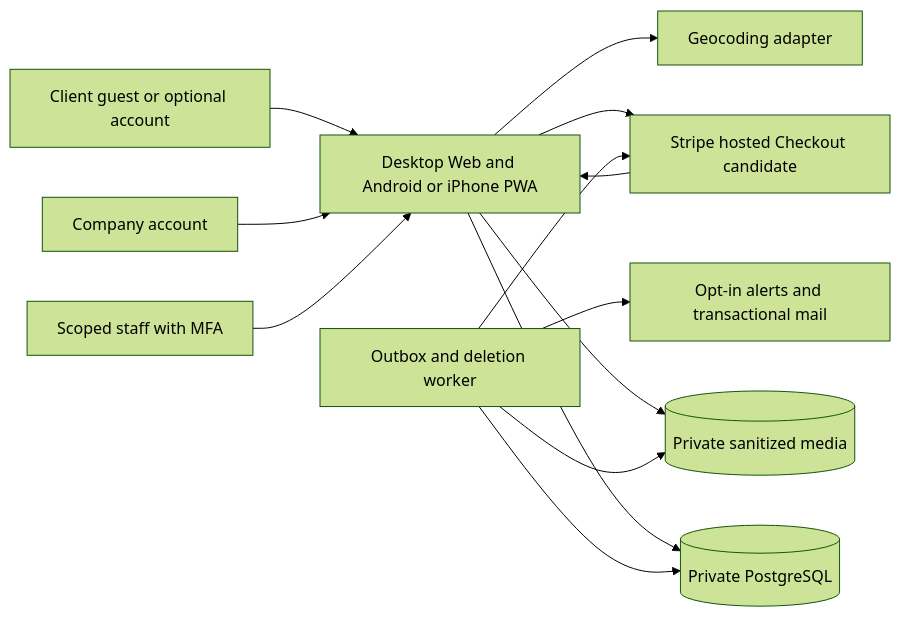
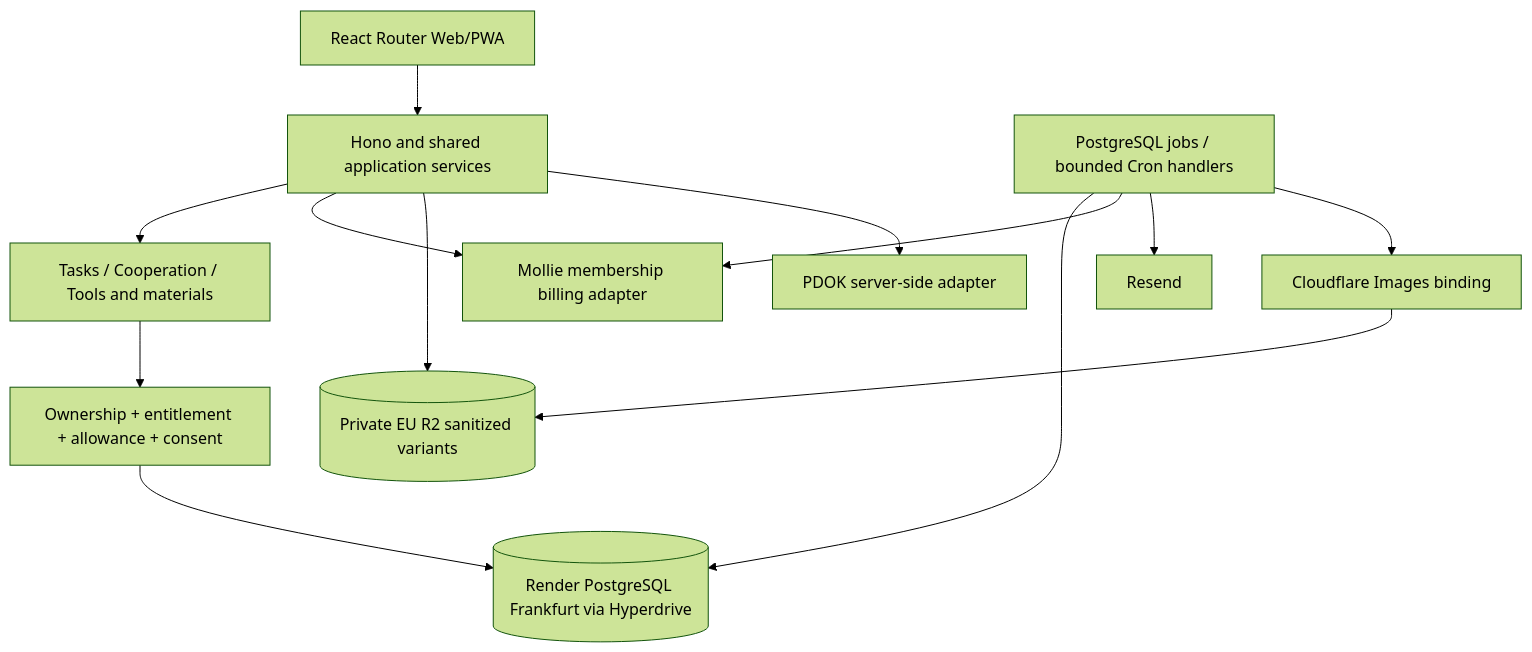
One commit to jianfjin/work-platform changed the diagram in doc/04-architecture.md. Above: the diagram before and after it, drawn with Mermaid (forest theme). The commit also changed other lines of this file and 76 other files, not shown here.

````diff
--- a/doc/04-architecture.md
+++ b/doc/04-architecture.md
@@ -7,15 +7,15 @@
 ```mermaid
-flowchart LR
-    Guest[Client guest or optional account] --> Web[Desktop Web and Android or iPhone PWA]
-    Firm[Company account] --> Web
-    Staff[Scoped staff with MFA] --> Web
-    Web --> DB[(Private PostgreSQL)]
-    Web --> Media[(Private sanitized media)]
-    Web --> PSP[Stripe hosted Checkout candidate]
-    PSP --> Web
-    Worker[Outbox and deletion worker] --> DB
-    Worker --> Media
-    Worker --> PSP
-    Worker --> Mail[Opt-in alerts and transactional mail]
-    Web --> Geo[Geocoding adapter]
+flowchart TD
+    UI[React Router Web/PWA] --> API[Hono and shared application services]
+    API --> Boards[Tasks / Cooperation / Tools and materials]
+    Boards --> Access[Ownership + entitlement + allowance + consent]
+    Access --> DB[(Render PostgreSQL Frankfurt via Hyperdrive)]
+    API --> PSP[Mollie membership billing adapter]
+    Jobs[PostgreSQL jobs / bounded Cron handlers] --> DB
+    Jobs --> PSP
+    Jobs --> Mail[Resend]
+    Jobs --> Images[Cloudflare Images binding]
+    Images --> R2[(Private EU R2 sanitized variants)]
+    API --> R2
+    API --> Geo[PDOK server-side adapter]
 ```
````
